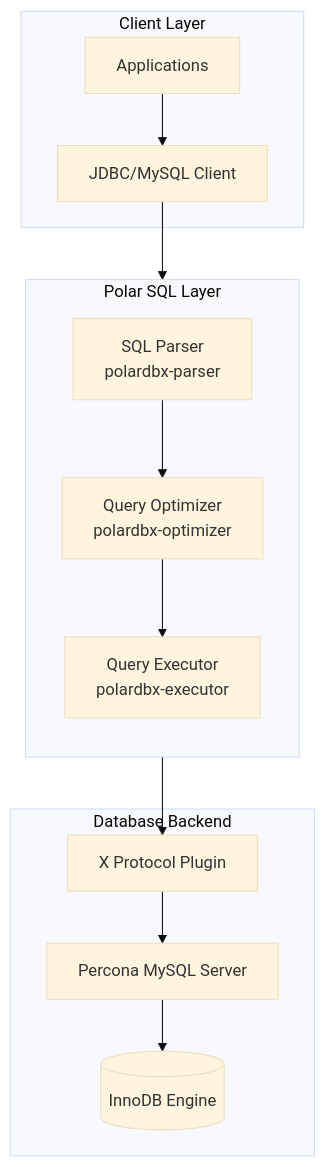
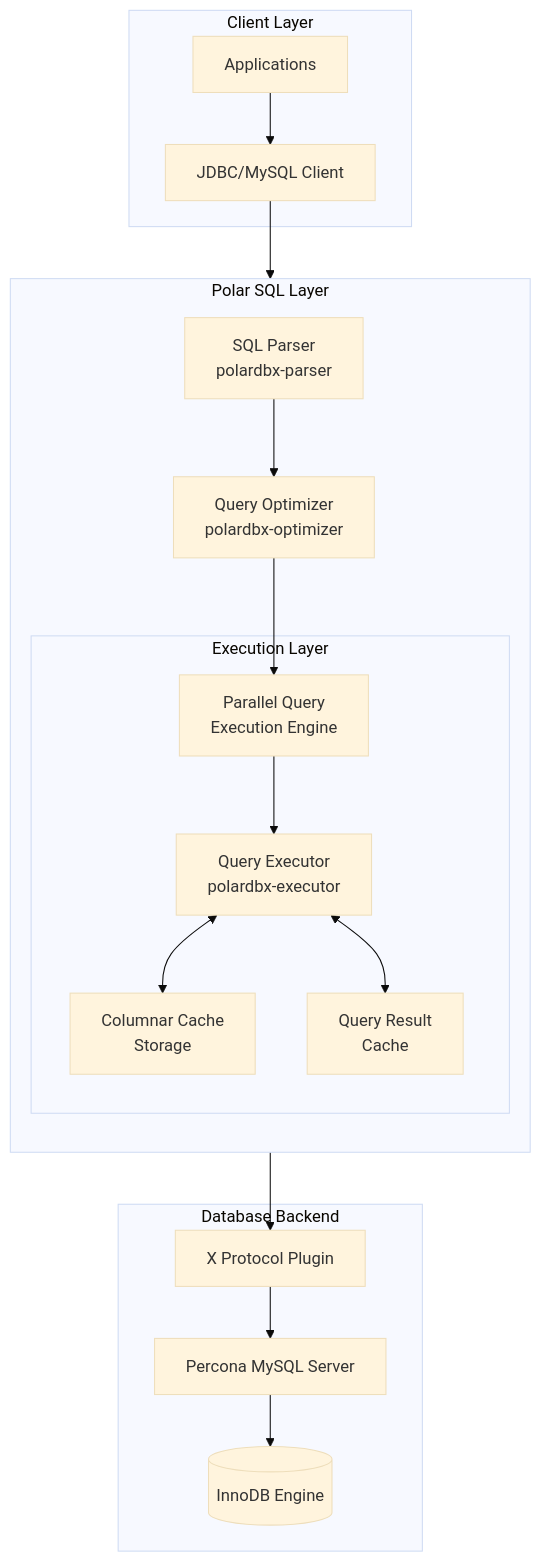
One commit to wilhasse/courses changed the diagram in db/polardbx/docs/project_goal.md. Above: the diagram before and after it, drawn with Mermaid (base theme). The commit also changed other lines of this file, not shown here.

Commit message:
polardbx project goal update

````diff
--- a/db/polardbx/docs/project_goal.md
+++ b/db/polardbx/docs/project_goal.md
@@ -3,33 +3,44 @@
 ```mermaid
 graph TB
     subgraph Client["Client Layer"]
         App[Applications]
         JDBC[JDBC/MySQL Client]
     end
 
     subgraph PolarSQL["Polar SQL Layer"]
         direction TB
         Parser[SQL Parser<br>polardbx-parser]
         Optimizer[Query Optimizer<br>polardbx-optimizer]
-        Executor[Query Executor<br>polardbx-executor]
+        
+        subgraph Execution["Execution Layer"]
+            ParallelExec[Parallel Query<br>Execution Engine]
+            Executor[Query Executor<br>polardbx-executor]
+            ColumnStore[Columnar Cache<br>Storage]
+            ResultCache[Query Result<br>Cache]
+        end
     end
 
     subgraph Backend["Database Backend"]
         XProtocol[X Protocol Plugin]
         PerconaSQL[Percona MySQL Server]
         InnoDB[(InnoDB Engine)]
     end
 
     %% Client connections
     App --> JDBC
     JDBC --> Parser
 
     %% Query Flow
     Parser --> Optimizer
-    Optimizer --> Executor
+    Optimizer --> ParallelExec
+    ParallelExec --> Executor
+    
+    %% Cache and Storage Interactions
+    Executor <--> ColumnStore
+    Executor <--> ResultCache
+    
+    %% Backend Flow
     Executor --> XProtocol
-
-    %% Backend Flow
     XProtocol --> PerconaSQL
     PerconaSQL --> InnoDB
 ```
````
